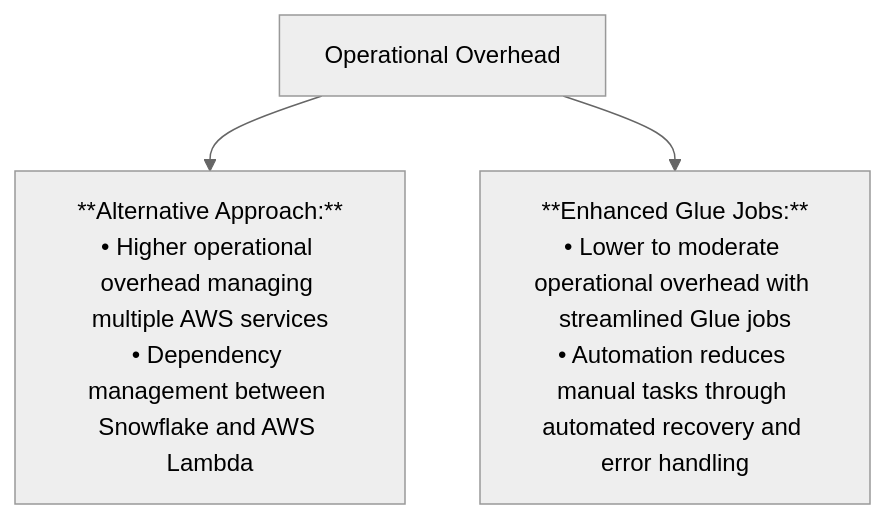
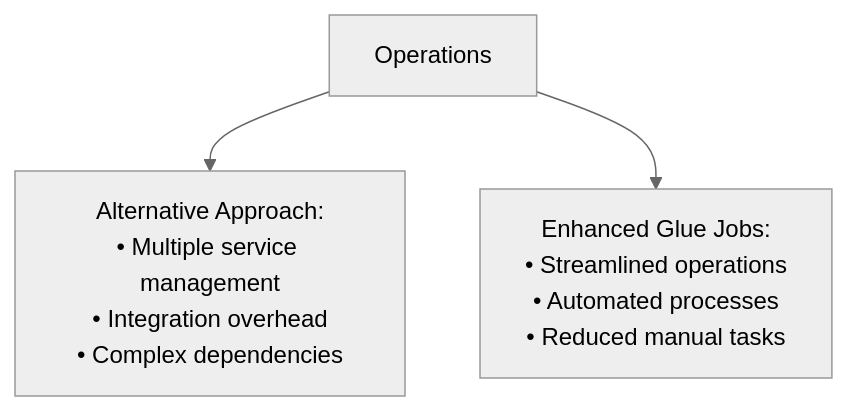
Before and after one commit to veronelazio/wezterm: diagram 11 of 17 in mermaid.md, drawn with Mermaid (neutral theme). The commit also changed other lines of this file, not shown here.

````diff
--- a/mermaid.md
+++ b/mermaid.md
@@ -140,8 +110,5 @@
-``` mermaid
+```mermaid
 flowchart TD
-    %% Operational Overhead
-    I1["Operational Overhead"]
-    I1 --> I2["**Alternative Approach:**<br>• Higher operational overhead managing multiple AWS services<br>• Dependency management between Snowflake and AWS Lambda"]
-    I1 --> I3["**Enhanced Glue Jobs:**<br>• Lower to moderate operational overhead with streamlined Glue jobs<br>• Automation reduces manual tasks through automated recovery and error handling"]
-
+    I1["Operations"] --> I2["Alternative Approach:<br/>• Multiple service management<br/>• Integration overhead<br/>• Complex dependencies"]
+    I1 --> I3["Enhanced Glue Jobs:<br/>• Streamlined operations<br/>• Automated processes<br/>• Reduced manual tasks"]
 ```
````
